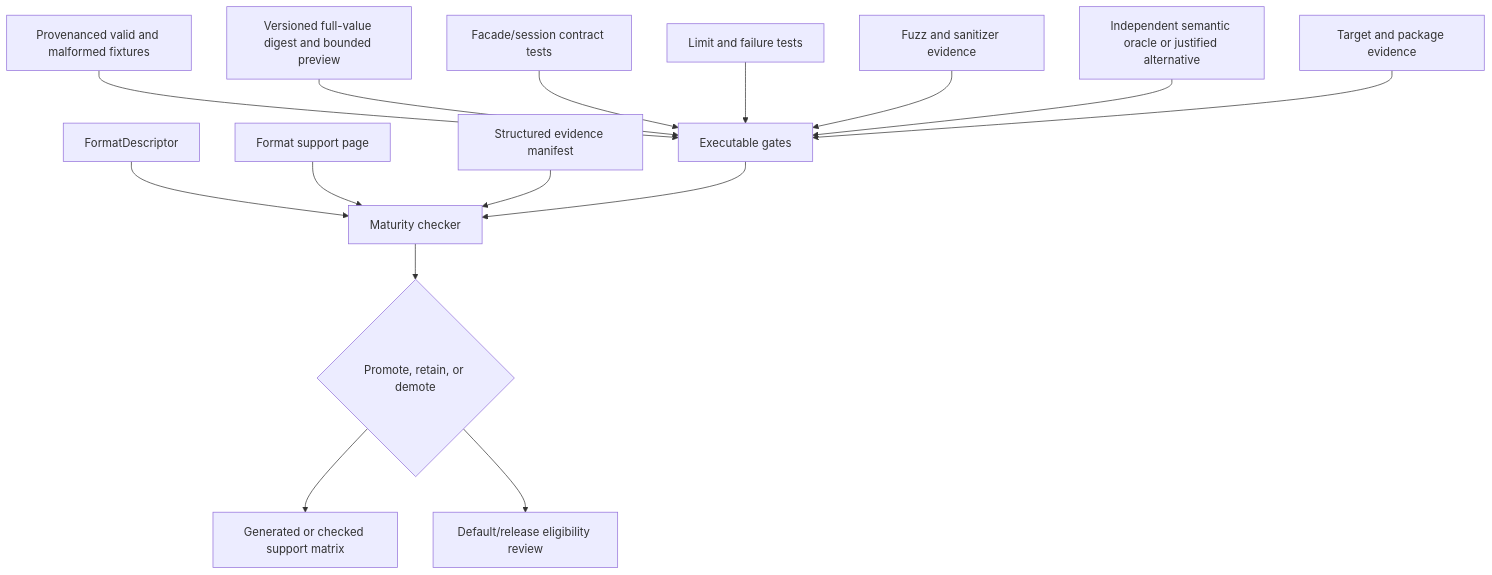
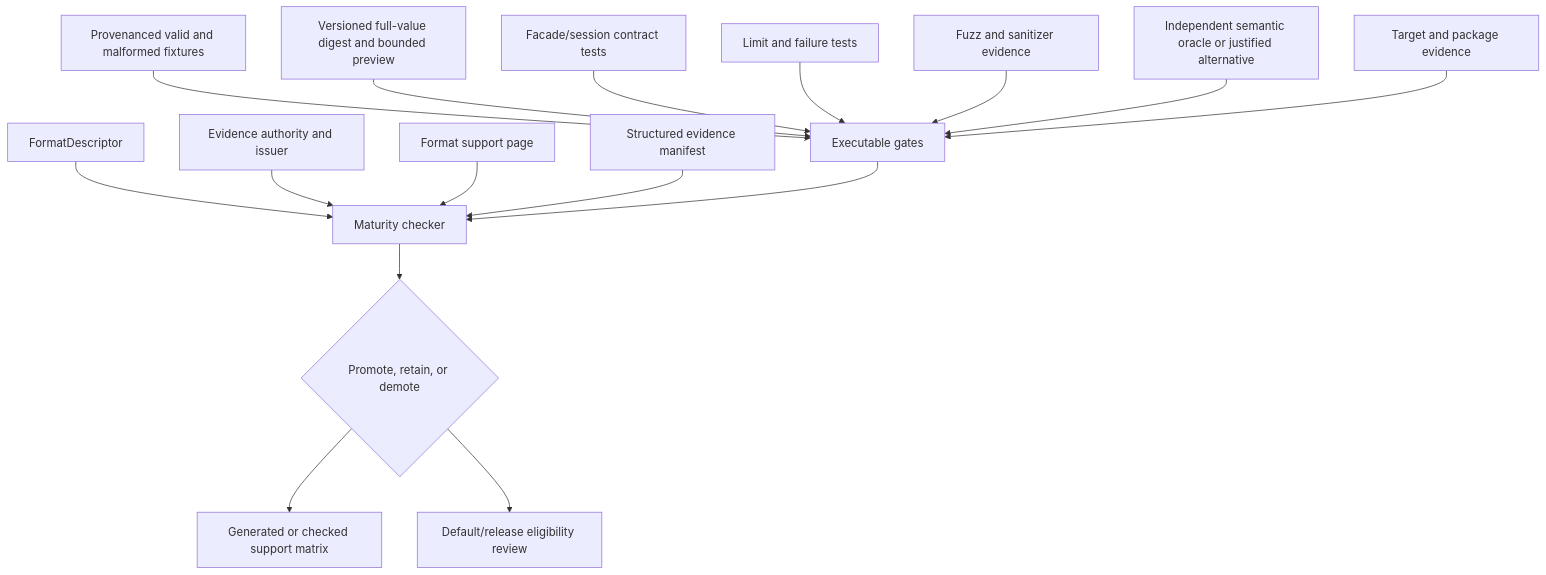
Before and after one commit to Latias94/baozi: the diagram in docs/adr/0011-format-support-tiers-and-compatibility-charter.md, drawn with Mermaid. The commit also changed other lines of this file and 32 other files, not shown here.

First line of the commit message:
feat(architecture): enforce canonical ADR governance

````diff
--- a/docs/adr/0011-format-support-tiers-and-compatibility-charter.md
+++ b/docs/adr/0011-format-support-tiers-and-compatibility-charter.md
@@ -62,17 +99,18 @@
 ```mermaid
 flowchart TD
     Descriptor[FormatDescriptor] --> Checker[Maturity checker]
+    Authority[Evidence authority and issuer] --> Checker
     Support[Format support page] --> Checker
     Structured[Structured evidence manifest] --> Checker
     Fixtures[Provenanced valid and malformed fixtures] --> Tests[Executable gates]
     Golden[Versioned full-value digest and bounded preview] --> Tests
     Facade[Facade/session contract tests] --> Tests
     Limits[Limit and failure tests] --> Tests
     Fuzz[Fuzz and sanitizer evidence] --> Tests
     Oracle[Independent semantic oracle or justified alternative] --> Tests
     Targets[Target and package evidence] --> Tests
     Tests --> Checker
     Checker --> Promotion{Promote, retain, or demote}
     Promotion --> Matrix[Generated or checked support matrix]
     Promotion --> Release[Default/release eligibility review]
 ```
````
